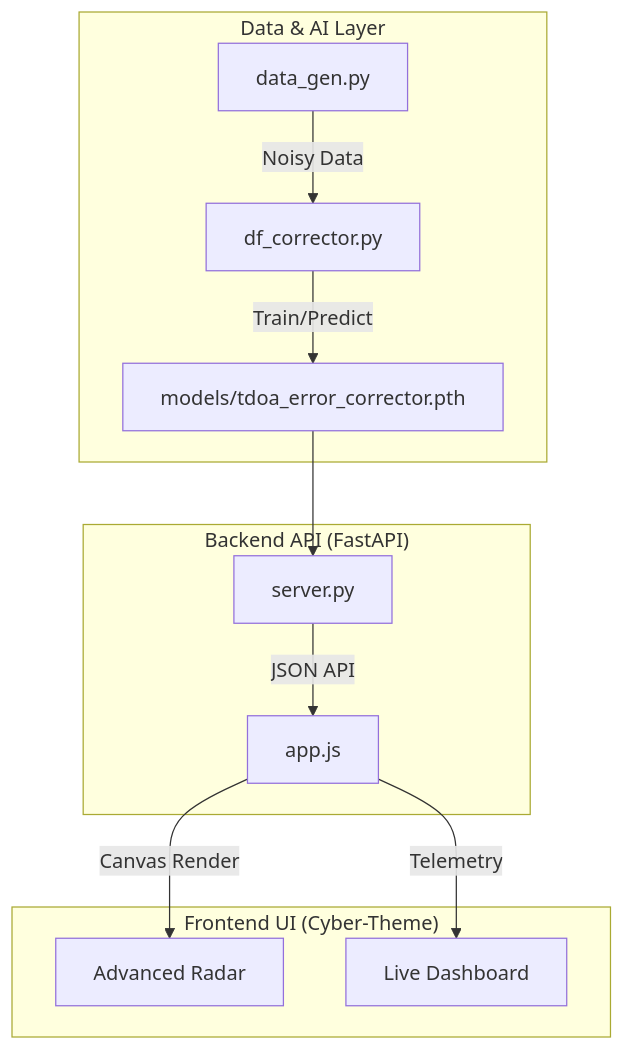
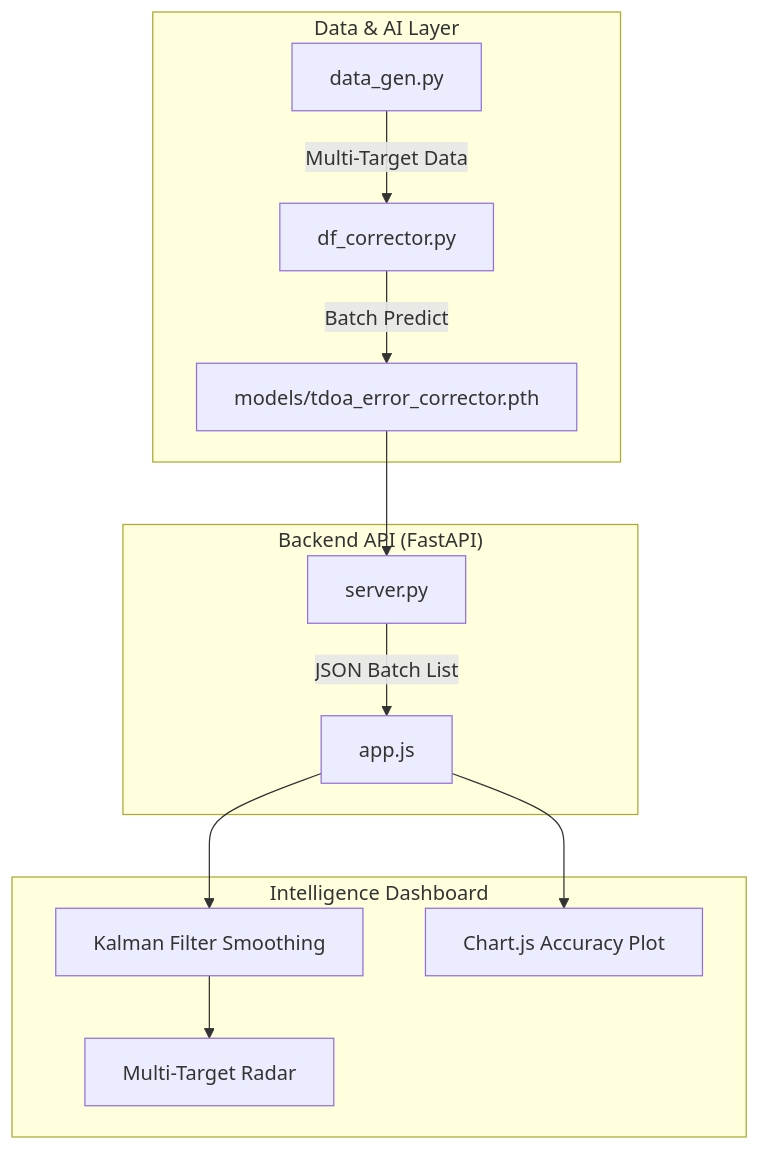
Before and after one commit to arch-yunus/ai-direction-finder-corrector: the diagram in README.md, drawn with Mermaid. The commit also changed other lines of this file, not shown here.

Commit message:
Update README.md to v3.0: Intelligence & Analytics

````diff
--- a/README.md
+++ b/README.md
@@ -45,17 +36,18 @@
 ```mermaid
 graph TD
     subgraph "Data & AI Layer"
-        DG[data_gen.py] -->|Noisy Data| DFC[df_corrector.py]
-        DFC -->|Train/Predict| MDL[models/tdoa_error_corrector.pth]
+        DG[data_gen.py] -->|Multi-Target Data| DFC[df_corrector.py]
+        DFC -->|Batch Predict| MDL[models/tdoa_error_corrector.pth]
     end
     
     subgraph "Backend API (FastAPI)"
         MDL --> SRV[server.py]
-        SRV -->|JSON API| JS[app.js]
+        SRV -->|JSON Batch List| JS[app.js]
     end
     
-    subgraph "Frontend UI (Cyber-Theme)"
-        JS -->|Canvas Render| RDR[Advanced Radar]
-        JS -->|Telemetry| UI[Live Dashboard]
+    subgraph "Intelligence Dashboard"
+        JS --> KF[Kalman Filter Smoothing]
+        KF --> RDR[Multi-Target Radar]
+        JS --> CHRT[Chart.js Accuracy Plot]
     end
 ```
````
